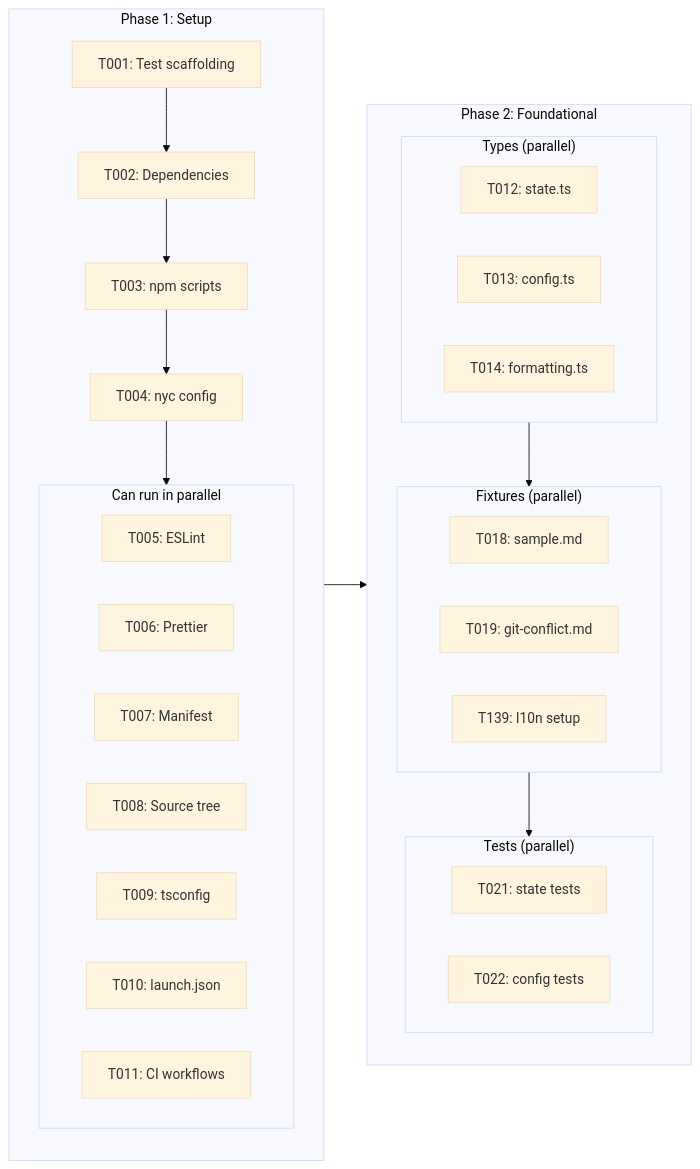
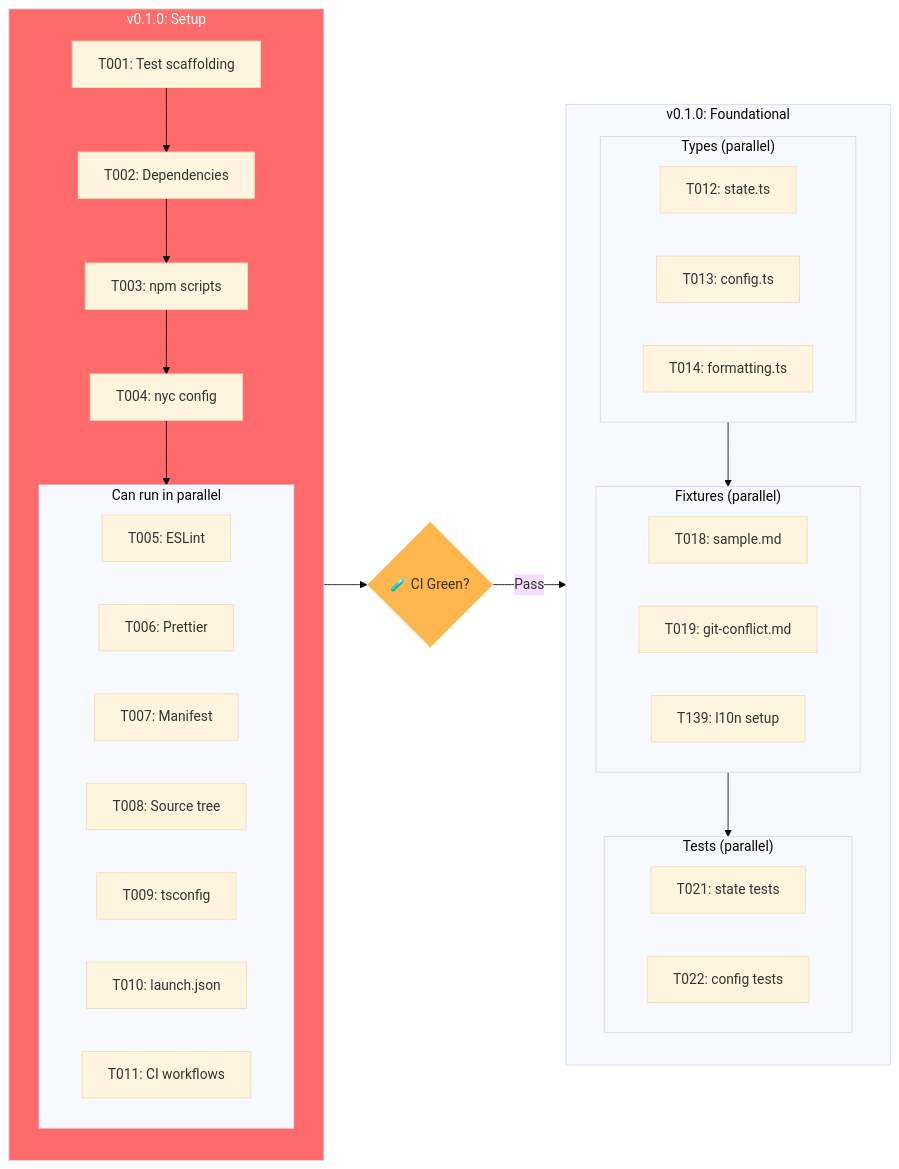
One commit to bluecloud-dev/markdown-preview changed diagram 12 of 12 in ROADMAP-DIAGRAM.md. Above: the diagram before and after it, drawn with Mermaid. The commit also changed other lines of this file and 1 other file, not shown here.

Commit message:
docs: align roadmap milestones

````diff
--- a/ROADMAP-DIAGRAM.md
+++ b/ROADMAP-DIAGRAM.md
@@ -551,48 +622,52 @@
 ```mermaid
 %%{init: {'theme': 'base'}}%%
 
 flowchart LR
-    subgraph Phase1 ["Phase 1: Setup"]
+    subgraph Setup ["v0.1.0: Setup"]
         direction TB
         T001[T001: Test scaffolding]
         T002[T002: Dependencies]
         T003[T003: npm scripts]
         T004[T004: nyc config]
 
         subgraph parallel1 ["Can run in parallel"]
             T005[T005: ESLint]
             T006[T006: Prettier]
             T007[T007: Manifest]
             T008[T008: Source tree]
             T009[T009: tsconfig]
             T010[T010: launch.json]
             T011[T011: CI workflows]
         end
     end
 
     T001 --> T002 --> T003 --> T004 --> parallel1
+    parallel1 --> G0{🧪 CI Green?}
 
-    subgraph Phase2 ["Phase 2: Foundational"]
+    subgraph Foundational ["v0.1.0: Foundational"]
         direction TB
         subgraph parallel2a ["Types (parallel)"]
             T012[T012: state.ts]
             T013[T013: config.ts]
             T014[T014: formatting.ts]
         end
 
         subgraph parallel2b ["Fixtures (parallel)"]
             T018[T018: sample.md]
             T019[T019: git-conflict.md]
             T139[T139: l10n setup]
         end
 
         subgraph parallel2c ["Tests (parallel)"]
             T021[T021: state tests]
             T022[T022: config tests]
         end
     end
 
-    parallel1 --> parallel2a
+    G0 -->|Pass| parallel2a
     parallel2a --> parallel2b
     parallel2b --> parallel2c
+
+    style Setup fill:#ff6b6b,color:#fff
+    style G0 fill:#FFB74D
 ```
````
